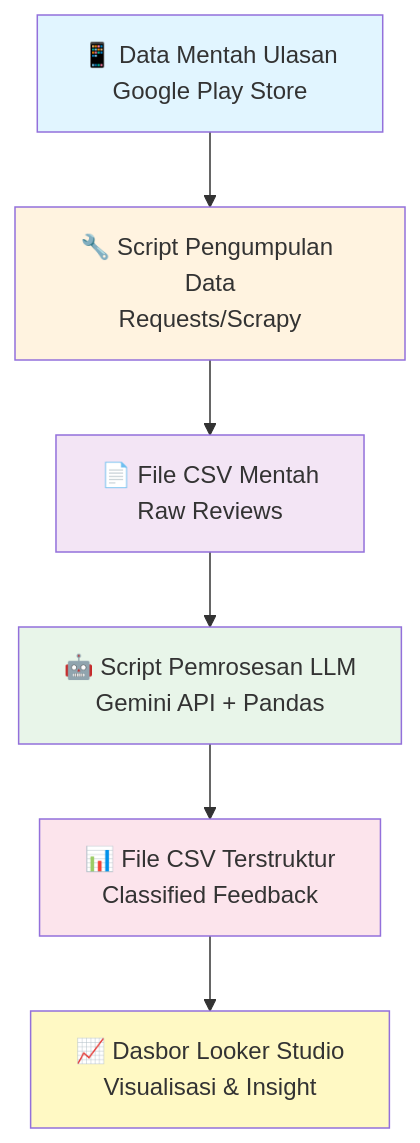
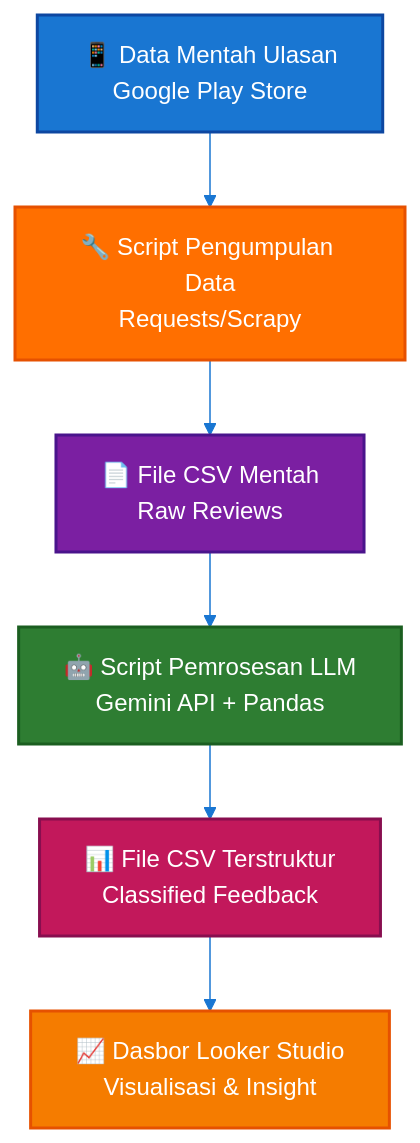
One commit to raindragon14/Product_Intellegence_Engine changed the diagram in README.md. Above: the diagram before and after it, drawn with Mermaid.

Commit message:
Revise diagram styles and labels in README
Updated the flowchart styles and node labels in the diagram.

````diff
--- a/README.md
+++ b/README.md
@@ -36,15 +36,16 @@
 ```mermaid
+%%{init: {'theme':'base', 'themeVariables': { 'primaryColor':'#4CAF50','primaryTextColor':'#fff','primaryBorderColor':'#2E7D32','lineColor':'#1976D2','secondaryColor':'#2196F3','tertiaryColor':'#FF9800','background':'#ffffff','mainBkg':'#4CAF50','secondBkg':'#2196F3','tertiaryBkg':'#FF9800','textColor':'#333333','fontSize':'16px'}}}%%
 graph TD
-    A[📱 Data Mentah Ulasan<br/>Google Play Store] --> B[🔧 Script Pengumpulan Data<br/>Requests/Scrapy]
-    B --> C[📄 File CSV Mentah<br/>Raw Reviews]
-    C --> D[🤖 Script Pemrosesan LLM<br/>Gemini API + Pandas]
-    D --> E[📊 File CSV Terstruktur<br/>Classified Feedback]
-    E --> F[📈 Dasbor Looker Studio<br/>Visualisasi & Insight]
+    A["📱 Data Mentah Ulasan<br/>Google Play Store"] --> B["🔧 Script Pengumpulan Data<br/>Requests/Scrapy"]
+    B --> C["📄 File CSV Mentah<br/>Raw Reviews"]
+    C --> D["🤖 Script Pemrosesan LLM<br/>Gemini API + Pandas"]
+    D --> E["📊 File CSV Terstruktur<br/>Classified Feedback"]
+    E --> F["📈 Dasbor Looker Studio<br/>Visualisasi & Insight"]
     
-    style A fill:#e1f5ff
-    style B fill:#fff3e0
-    style C fill:#f3e5f5
-    style D fill:#e8f5e9
-    style E fill:#fce4ec
-    style F fill:#fff9c4
+    style A fill:#1976D2,stroke:#0D47A1,stroke-width:2px,color:#fff
+    style B fill:#FF6F00,stroke:#E65100,stroke-width:2px,color:#fff
+    style C fill:#7B1FA2,stroke:#4A148C,stroke-width:2px,color:#fff
+    style D fill:#2E7D32,stroke:#1B5E20,stroke-width:2px,color:#fff
+    style E fill:#C2185B,stroke:#880E4F,stroke-width:2px,color:#fff
+    style F fill:#F57C00,stroke:#E65100,stroke-width:2px,color:#fff
 ```
````
